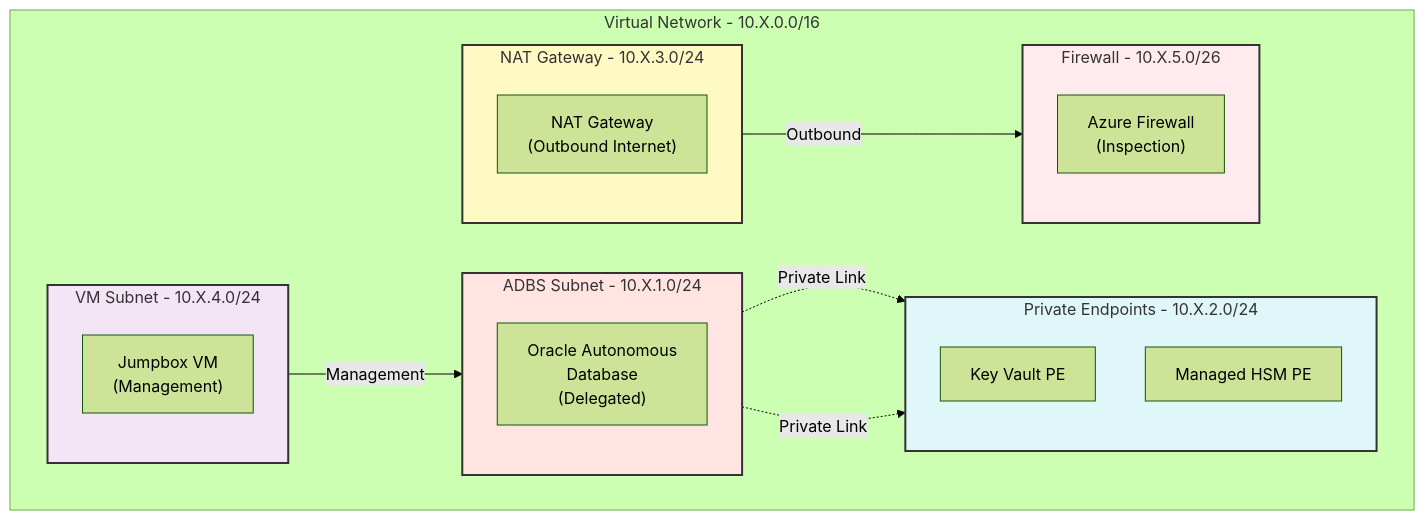
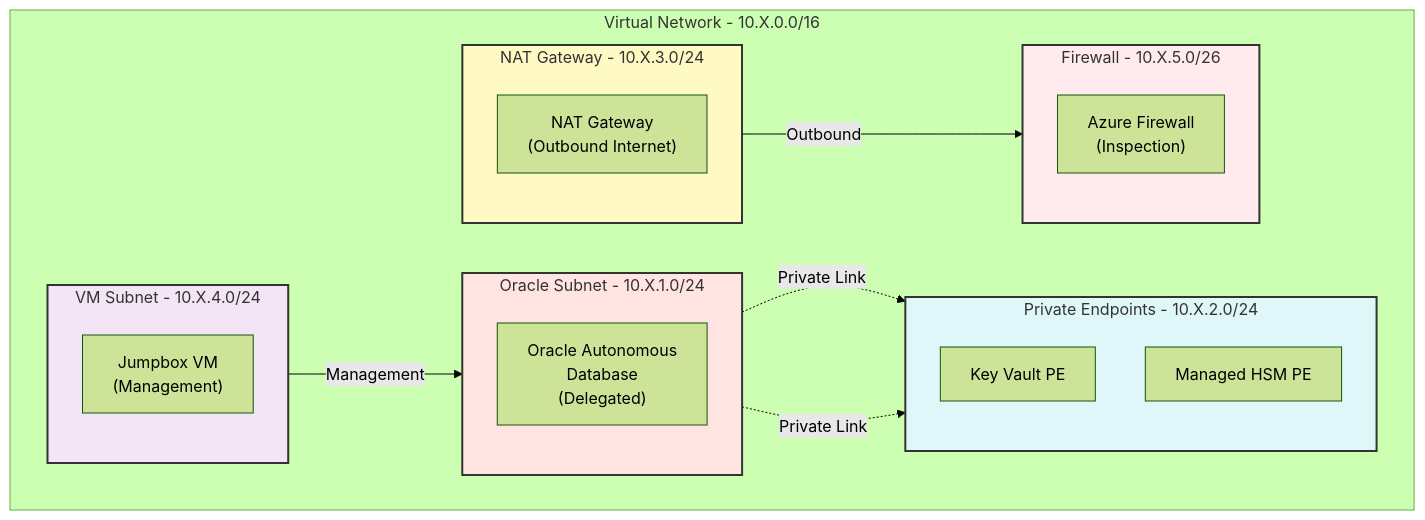
Before and after one commit to terrymandin/odaa-akv-tests: the eighth of 15 diagrams in DOCUMENTATION_GUIDE.md, drawn with Mermaid (forest theme). The commit also changed other lines of this file and 18 other files, not shown here.

````diff
--- a/DOCUMENTATION_GUIDE.md
+++ b/DOCUMENTATION_GUIDE.md
@@ -583,41 +583,41 @@
 ```mermaid
 flowchart TB
     subgraph VNet["Virtual Network - 10.X.0.0/16"]
-        subgraph S1["ADBS Subnet - 10.X.1.0/24"]
+        subgraph S1["Oracle Subnet - 10.X.1.0/24"]
             direction TB
             ADB["Oracle Autonomous<br/>Database<br/>(Delegated)"]
         end
         
         subgraph S2["Private Endpoints - 10.X.2.0/24"]
             direction TB
             PE1["Key Vault PE"]
             PE2["Managed HSM PE"]
         end
         
         subgraph S3["NAT Gateway - 10.X.3.0/24"]
             direction TB
             NAT["NAT Gateway<br/>(Outbound Internet)"]
         end
         
         subgraph S4["VM Subnet - 10.X.4.0/24"]
             direction TB
             VM["Jumpbox VM<br/>(Management)"]
         end
         
         subgraph S5["Firewall - 10.X.5.0/26"]
             direction TB
             FW["Azure Firewall<br/>(Inspection)"]
         end
     end
     
     ADB -.->|Private Link| PE1
     ADB -.->|Private Link| PE2
     VM -->|Management| ADB
     S3 -->|Outbound| FW
     
     style S1 fill:#FFE4E1,stroke:#333,stroke-width:2px
     style S2 fill:#E0F7FA,stroke:#333,stroke-width:2px
     style S3 fill:#FFF9C4,stroke:#333,stroke-width:2px
     style S4 fill:#F3E5F5,stroke:#333,stroke-width:2px
     style S5 fill:#FFEBEE,stroke:#333,stroke-width:2px
 ```
````
